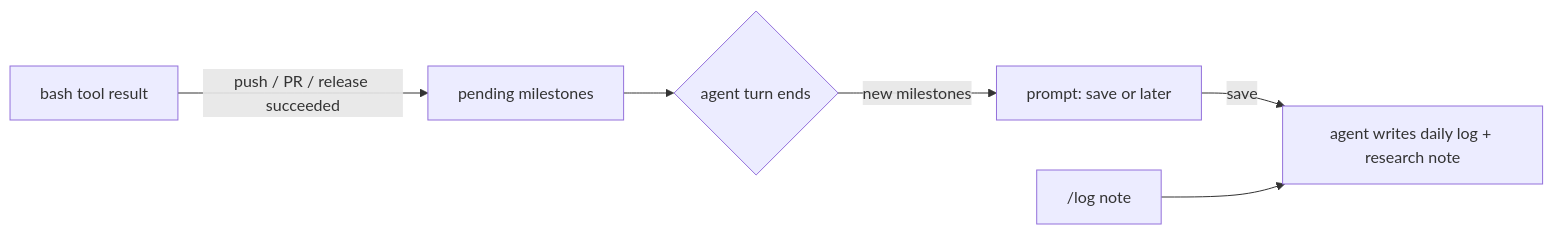
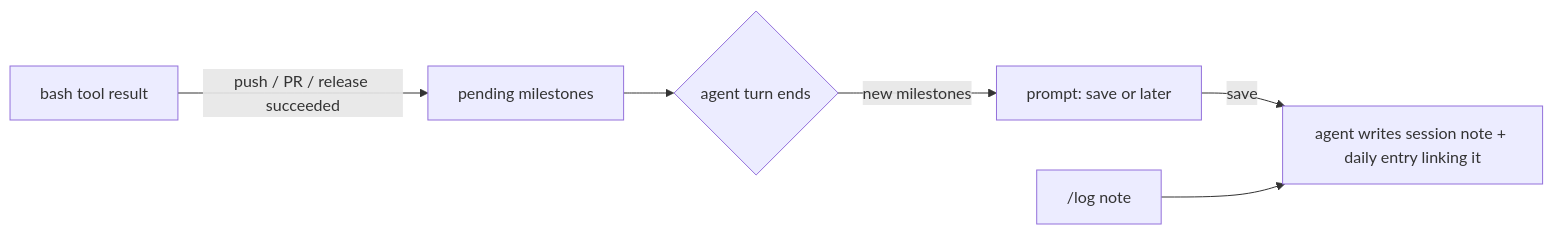
One commit to johnnydevriese/pi-captains-log changed the diagram in README.md. Above: the diagram before and after it, drawn with Mermaid. The commit also changed other lines of this file and 6 other files, not shown here.

````diff
--- a/README.md
+++ b/README.md
@@ -69,8 +68,8 @@
 ```mermaid
 flowchart LR
   A[bash tool result] -->|push / PR / release succeeded| B[pending milestones]
   B --> C{agent turn ends}
   C -->|new milestones| D[prompt: save or later]
-  D -->|save| E[agent writes daily log + research note]
+  D -->|save| E[agent writes session note + daily entry linking it]
   F["/log note"] --> E
 ```
````
